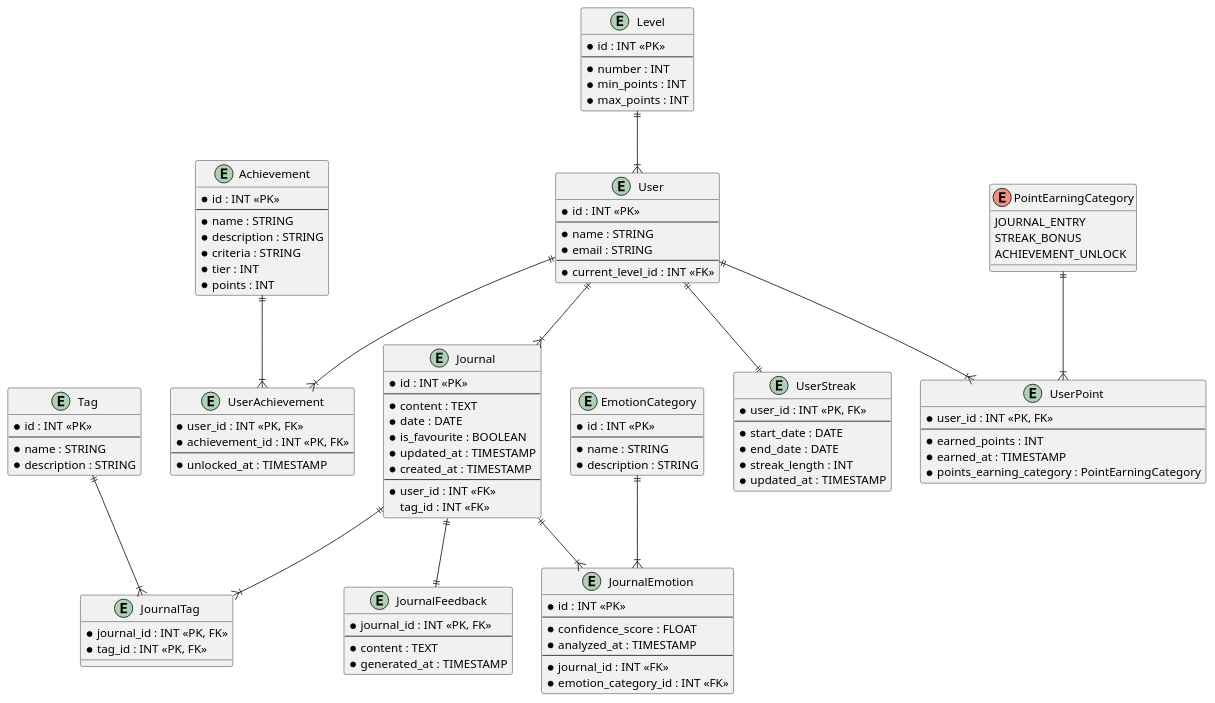
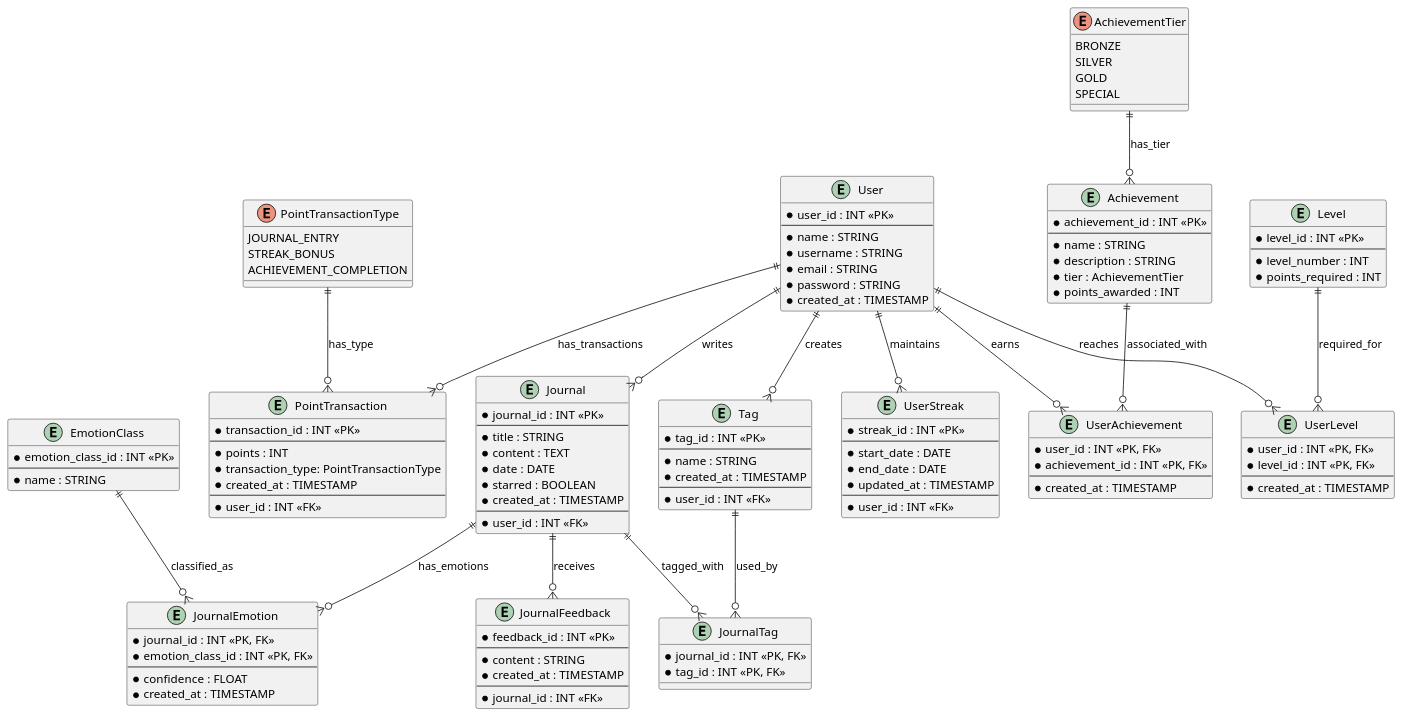
Before and after one commit to memotions/backend-service: the diagram in docs/diagrams/er-diagram.puml, drawn with PlantUML.

Commit message:
docs: update erd

```diff
--- a/docs/diagrams/er-diagram.puml
+++ b/docs/diagrams/er-diagram.puml
@@ -1,125 +1,141 @@
 @startuml Memotions ERD
-' Common Entities
+
 entity User {
-    * id : INT <<PK>>
+    * user_id : INT <<PK>>
     --
     * name : STRING
+    * username : STRING
     * email : STRING
-    --
-    * current_level_id : INT <<FK>>
+    * password : STRING
+    * created_at : TIMESTAMP
 }
 
 entity Journal {
-    * id : INT <<PK>>
+    * journal_id : INT <<PK>>
     --
+    * title : STRING
     * content : TEXT
     * date : DATE
-    * is_favourite : BOOLEAN
-    * updated_at : TIMESTAMP
+    * starred : BOOLEAN
     * created_at : TIMESTAMP
     --
     * user_id : INT <<FK>>
-    tag_id : INT <<FK>>
 }
 
 entity Tag {
-    * id : INT <<PK>>   
+    * tag_id : INT <<PK>>   
     --
     * name : STRING
-    * description : STRING
+    * created_at : TIMESTAMP
+    --
+    * user_id : INT <<FK>>
 }
 
 entity JournalTag {
     * journal_id : INT <<PK, FK>>
     * tag_id : INT <<PK, FK>>
 }
 
-' Machine Learning Related Entities
-entity EmotionCategory {
-    * id : INT <<PK>>
+entity EmotionClass {
+    * emotion_class_id : INT <<PK>>
+    --
+    * name : STRING
+}
+
+entity JournalEmotion {
+    * journal_id : INT <<PK, FK>>
+    * emotion_class_id : INT <<PK, FK>>
+    --
+    * confidence : FLOAT
+    * created_at : TIMESTAMP
+}
+
+entity JournalFeedback {
+    * feedback_id : INT <<PK>>
+    --
+    * content : STRING
+    * created_at : TIMESTAMP
+    --
+    * journal_id : INT <<FK>>
+}
+
+entity Achievement {
+    * achievement_id : INT <<PK>>
     --
     * name : STRING
     * description : STRING
+    * tier : AchievementTier
+    * points_awarded : INT 
 }
 
-entity JournalEmotion {
-    * id : INT <<PK>>
-    --
-    * confidence_score : FLOAT
-    * analyzed_at : TIMESTAMP
-    --
-    * journal_id : INT <<FK>>
-    * emotion_category_id : INT <<FK>>
-}
-
-entity JournalFeedback {
-    * journal_id : INT <<PK, FK>>
-    --
-    * content : TEXT
-    * generated_at : TIMESTAMP
-}
-
-' Gamification Related Entities
-entity Achievement {
-    * id : INT <<PK>>
-    --
-    * name : STRING
-    * description : STRING
-    * criteria : STRING
-    * tier : INT
-    * points : INT
+enum AchievementTier {
+    BRONZE
+    SILVER
+    GOLD
+    SPECIAL
 }
 
 entity UserAchievement {
     * user_id : INT <<PK, FK>>
     * achievement_id : INT <<PK, FK>>
     --
-    * unlocked_at : TIMESTAMP
+    * created_at : TIMESTAMP
 }
 
 entity UserStreak {
-    * user_id : INT <<PK, FK>>
+    * streak_id : INT <<PK>>
     --
     * start_date : DATE
     * end_date : DATE
-    * streak_length : INT
     * updated_at : TIMESTAMP
+    --
+    * user_id : INT <<FK>>
 }
 
-entity UserPoint {
-    * user_id : INT <<PK, FK>>
+entity PointTransaction {
+    * transaction_id : INT <<PK>>
     --
-    * earned_points : INT
-    * earned_at : TIMESTAMP
-    * points_earning_category : PointEarningCategory
+    * points : INT
+    * transaction_type: PointTransactionType
+    * created_at : TIMESTAMP
+    --
+    * user_id : INT <<FK>>
 }
 
-enum PointEarningCategory {
+enum PointTransactionType {
     JOURNAL_ENTRY
     STREAK_BONUS
-    ACHIEVEMENT_UNLOCK
+    ACHIEVEMENT_COMPLETION
 }
 
 entity Level {
-    * id : INT <<PK>>
+    * level_id : INT <<PK>>
     --
-    * number : INT
-    * min_points : INT
-    * max_points : INT
+    * level_number : INT
+    * points_required : INT
 }
 
-' Relationships
-User ||--|{ Journal
-Journal ||--|{ JournalTag
-Tag ||--|{ JournalTag
-Journal ||--|{ JournalEmotion
-EmotionCategory ||--|{ JournalEmotion
-Journal ||--|| JournalFeedback
-User ||--|{ UserAchievement
-Achievement ||--|{ UserAchievement
-User ||--|| UserStreak
-User ||--|{ UserPoint
-PointEarningCategory ||--|{ UserPoint
-Level ||--|{ User
+entity UserLevel {
+    * user_id : INT <<PK, FK>>
+    * level_id : INT <<PK, FK>>
+    --
+    * created_at : TIMESTAMP
+}
+
+User ||--o{ Journal : writes
+User ||--o{ Tag : creates
+Journal ||--o{ JournalTag : tagged_with
+Tag ||--o{ JournalTag : used_by
+Journal ||--o{ JournalEmotion : has_emotions
+EmotionClass ||--o{ JournalEmotion : classified_as
+Journal ||--o{ JournalFeedback : receives
+User ||--o{ UserAchievement : earns
+Achievement ||--o{ UserAchievement : associated_with
+AchievementTier ||--o{ Achievement : has_tier
+User ||--o{ UserStreak : maintains
+User ||--o{ PointTransaction : has_transactions
+PointTransactionType ||--o{ PointTransaction : has_type
+Level ||--o{ UserLevel : required_for
+User ||--o{ UserLevel : reaches
 
 @enduml
```
